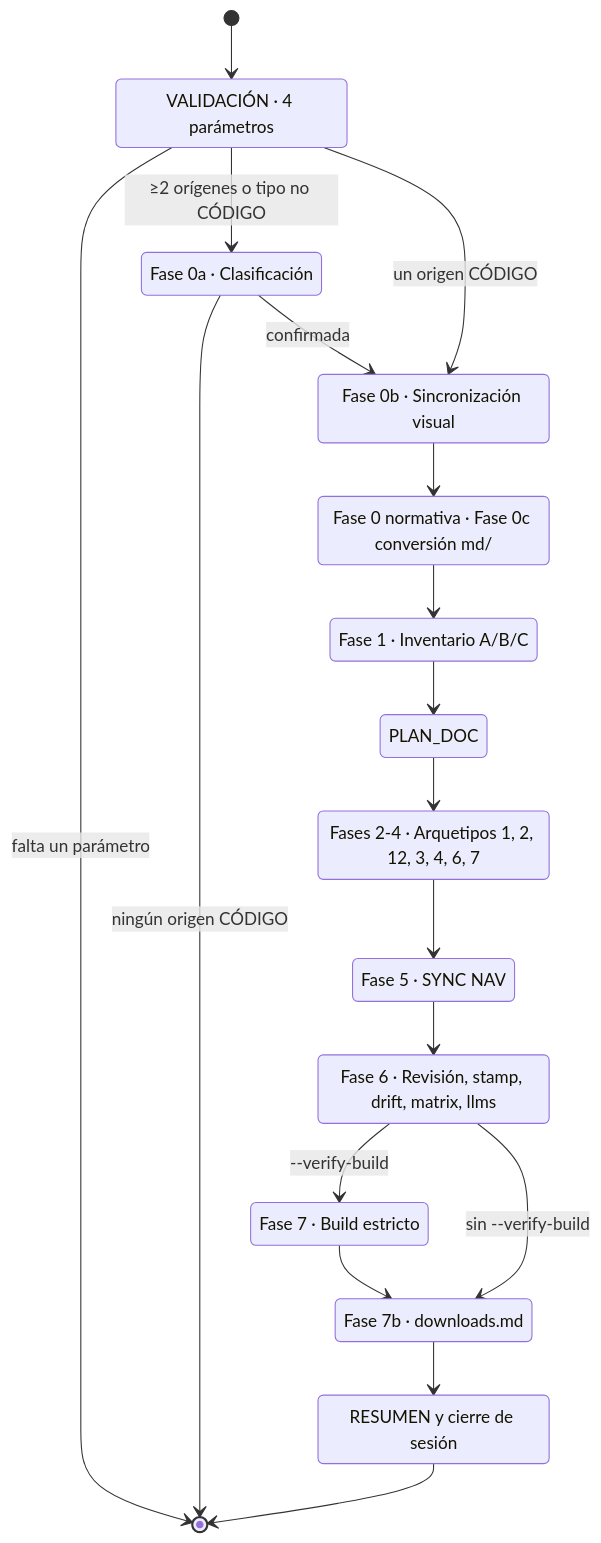
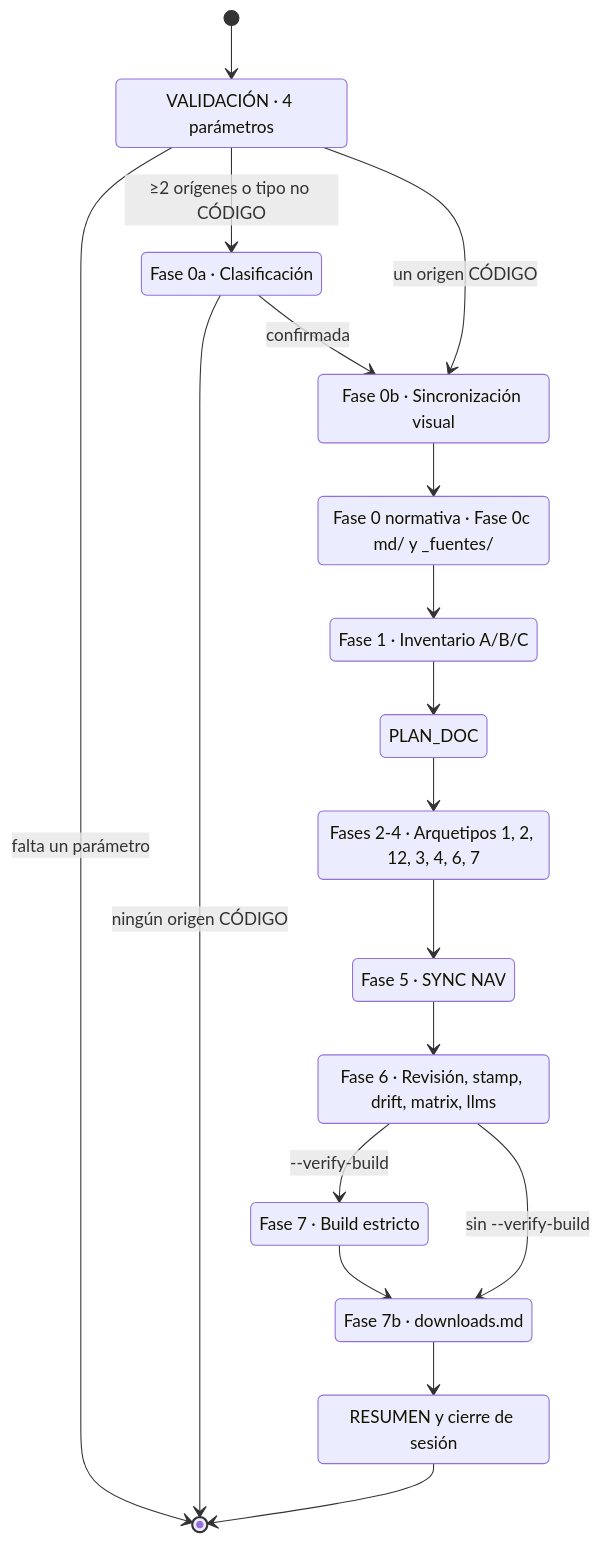
One commit to fmanza/doc_ia changed the diagram in docs/api/document_project.md. Above: the diagram before and after it, drawn with Mermaid. The commit also changed other lines of this file and 22 other files, not shown here.

````diff
--- a/docs/api/document_project.md
+++ b/docs/api/document_project.md
@@ -16,34 +16,34 @@
 ```mermaid
 stateDiagram-v2
     accTitle: Fases internas de document_project
     accDescr: Máquina de fases del flujo, desde la validación de los cuatro parámetros hasta el cierre de sesión, con las dos salidas anticipadas (parámetro faltante o ningún origen de código) y el build estricto opcional.
     state "VALIDACIÓN · 4 parámetros" as VALIDACION
     state "Fase 0a · Clasificación" as CLASIFICACION
     state "Fase 0b · Sincronización visual" as SYNC_VISUAL
-    state "Fase 0 normativa · Fase 0c conversión md/" as PREPARACION
+    state "Fase 0 normativa · Fase 0c md/ y _fuentes/" as PREPARACION
     state "Fase 1 · Inventario A/B/C" as INVENTARIO
     state "PLAN_DOC" as PLAN_DOC
     state "Fases 2-4 · Arquetipos 1, 2, 12, 3, 4, 6, 7" as GENERACION
     state "Fase 5 · SYNC NAV" as SYNC_NAV
     state "Fase 6 · Revisión, stamp, drift, matrix, llms" as REVISION
     state "Fase 7 · Build estricto" as BUILD
     state "Fase 7b · downloads.md" as DESCARGAS
     state "RESUMEN y cierre de sesión" as CIERRE
     [*] --> VALIDACION
     VALIDACION --> [*] : falta un parámetro
     VALIDACION --> CLASIFICACION : ≥2 orígenes o tipo no CÓDIGO
     VALIDACION --> SYNC_VISUAL : un origen CÓDIGO
     CLASIFICACION --> [*] : ningún origen CÓDIGO
     CLASIFICACION --> SYNC_VISUAL : confirmada
     SYNC_VISUAL --> PREPARACION
     PREPARACION --> INVENTARIO
     INVENTARIO --> PLAN_DOC
     PLAN_DOC --> GENERACION
     GENERACION --> SYNC_NAV
     SYNC_NAV --> REVISION
     REVISION --> BUILD : --verify-build
     REVISION --> DESCARGAS : sin --verify-build
     BUILD --> DESCARGAS
     DESCARGAS --> CIERRE
     CIERRE --> [*]
 ```
````
